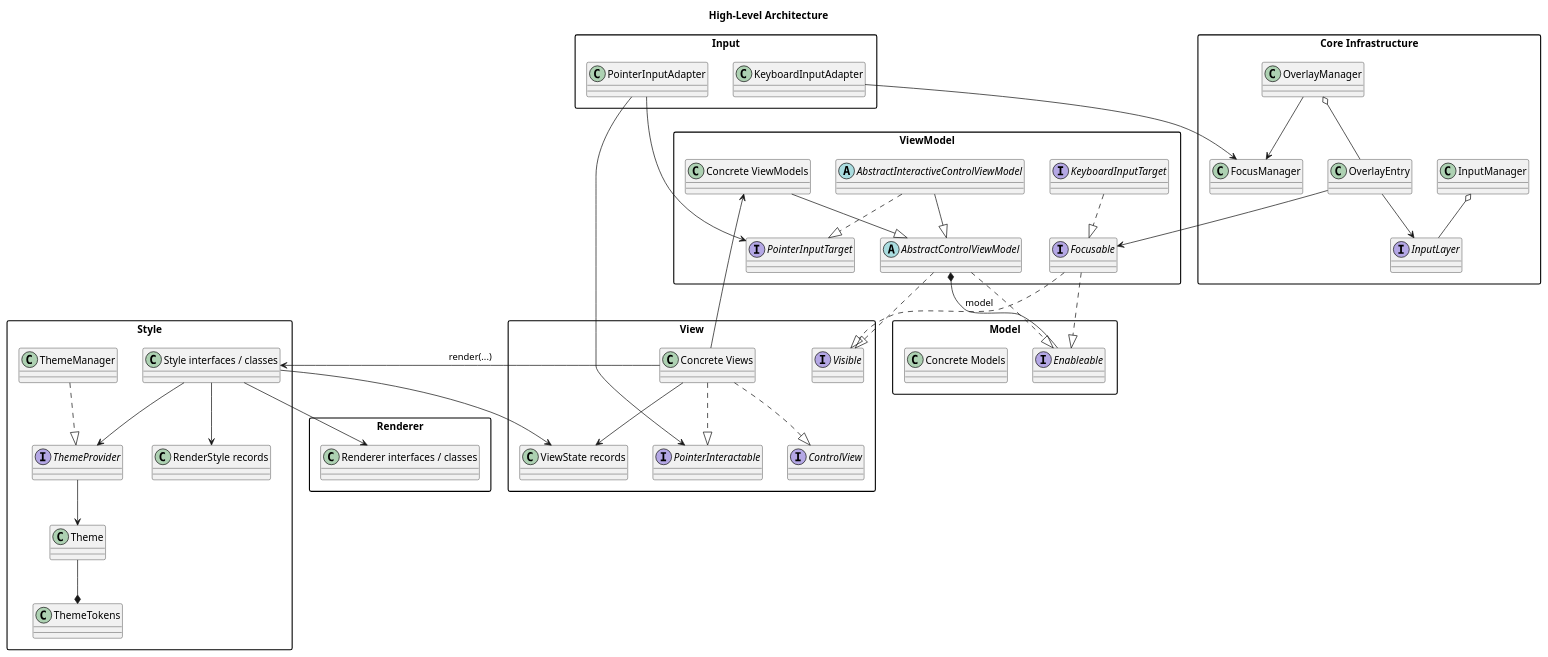
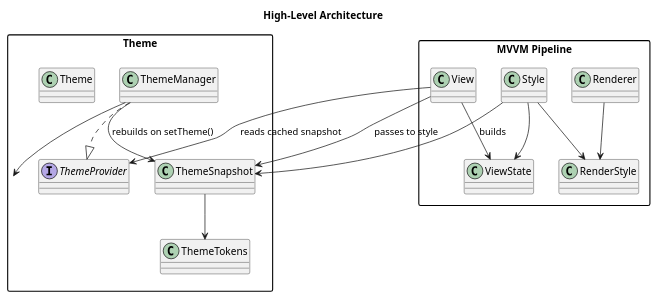
One commit to cdpoloz/cpz-mvvm-processing-controls changed the diagram in docs/uml/architecture.puml. Above: the diagram before and after it, drawn with PlantUML. The commit also changed 53 other files, not shown here.

```diff
--- a/docs/uml/architecture.puml
+++ b/docs/uml/architecture.puml
@@ -1,83 +1,33 @@
 @startuml
 title High-Level Architecture
 skinparam packageStyle rectangle
 skinparam shadowing false
 
-package "Model" {
-  interface Enableable
-  class "Concrete Models" as Models
-}
-
-package "ViewModel" {
-  abstract class AbstractControlViewModel
-  abstract class AbstractInteractiveControlViewModel
-  interface PointerInputTarget
-  interface Focusable
-  interface KeyboardInputTarget
-  class "Concrete ViewModels" as ViewModels
-}
-
-package "View" {
-  interface ControlView
-  interface Visible
-  interface PointerInteractable
-  class "Concrete Views" as Views
-  class "ViewState records" as ViewStates
-}
-
-package "Style" {
-  class "Style interfaces / classes" as Styles
-  class "RenderStyle records" as RenderStyles
+package "Theme" {
   interface ThemeProvider
+  class ThemeManager
   class Theme
-  class ThemeManager
+  class ThemeSnapshot
   class ThemeTokens
 }
 
-package "Renderer" {
-  class "Renderer interfaces / classes" as Renderers
+package "MVVM Pipeline" {
+  class View
+  class ViewState
+  class Style
+  class RenderStyle
+  class Renderer
 }
 
-package "Input" {
-  class PointerInputAdapter
-  class KeyboardInputAdapter
-}
-
-package "Core Infrastructure" {
-  class InputManager
-  interface InputLayer
-  class OverlayManager
-  class OverlayEntry
-  class FocusManager
-}
-
-AbstractControlViewModel ..|> Visible
-AbstractControlViewModel ..|> Enableable
-AbstractInteractiveControlViewModel --|> AbstractControlViewModel
-AbstractInteractiveControlViewModel ..|> PointerInputTarget
-Focusable ..|> Visible
-Focusable ..|> Enableable
-KeyboardInputTarget ..|> Focusable
-ViewModels --|> AbstractControlViewModel
-Views ..|> ControlView
-Views ..|> PointerInteractable
-AbstractControlViewModel *-- Enableable : model
-Views --> ViewModels
-Views --> ViewStates
-Views --> Styles : render(...)
-Styles --> ViewStates
-Styles --> RenderStyles
-Styles --> Renderers
-Styles --> ThemeProvider
 ThemeManager ..|> ThemeProvider
-Theme --* ThemeTokens
-ThemeProvider --> Theme
-PointerInputAdapter --> PointerInteractable
-PointerInputAdapter --> PointerInputTarget
-KeyboardInputAdapter --> FocusManager
-InputManager o-- InputLayer
-OverlayManager o-- OverlayEntry
-OverlayManager --> FocusManager
-OverlayEntry --> InputLayer
-OverlayEntry --> Focusable
+ThemeManager --> Theme
+ThemeManager --> ThemeSnapshot : rebuilds on setTheme()
+ThemeSnapshot --> ThemeTokens
+View --> ThemeProvider : reads cached snapshot
+View --> ViewState : builds
+View --> ThemeSnapshot : passes to style
+Style --> ViewState
+Style --> ThemeSnapshot
+Style --> RenderStyle
+Renderer --> RenderStyle
 @enduml
```
